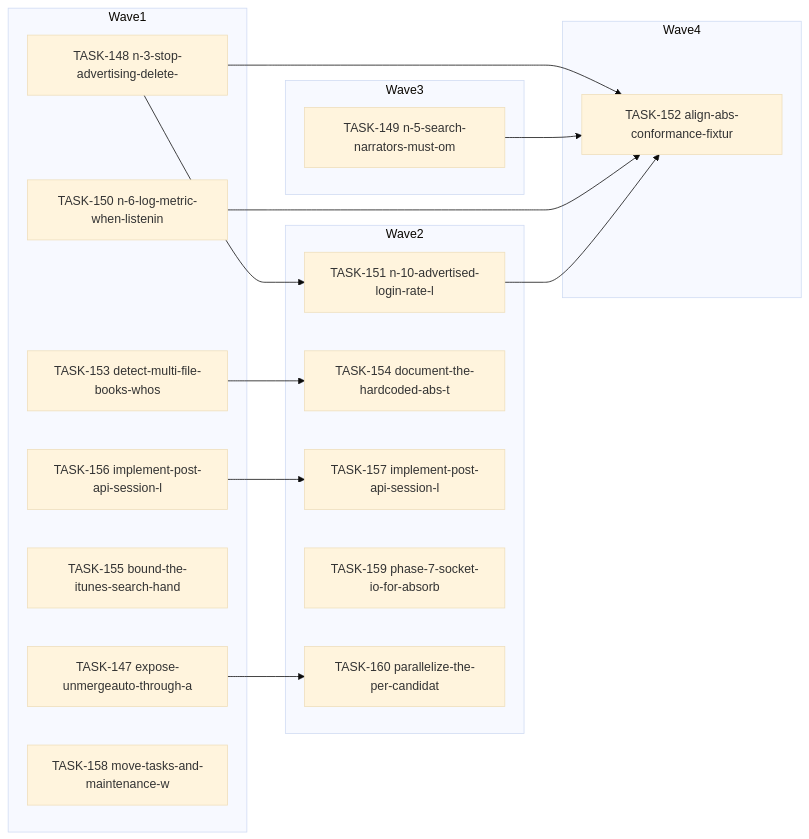
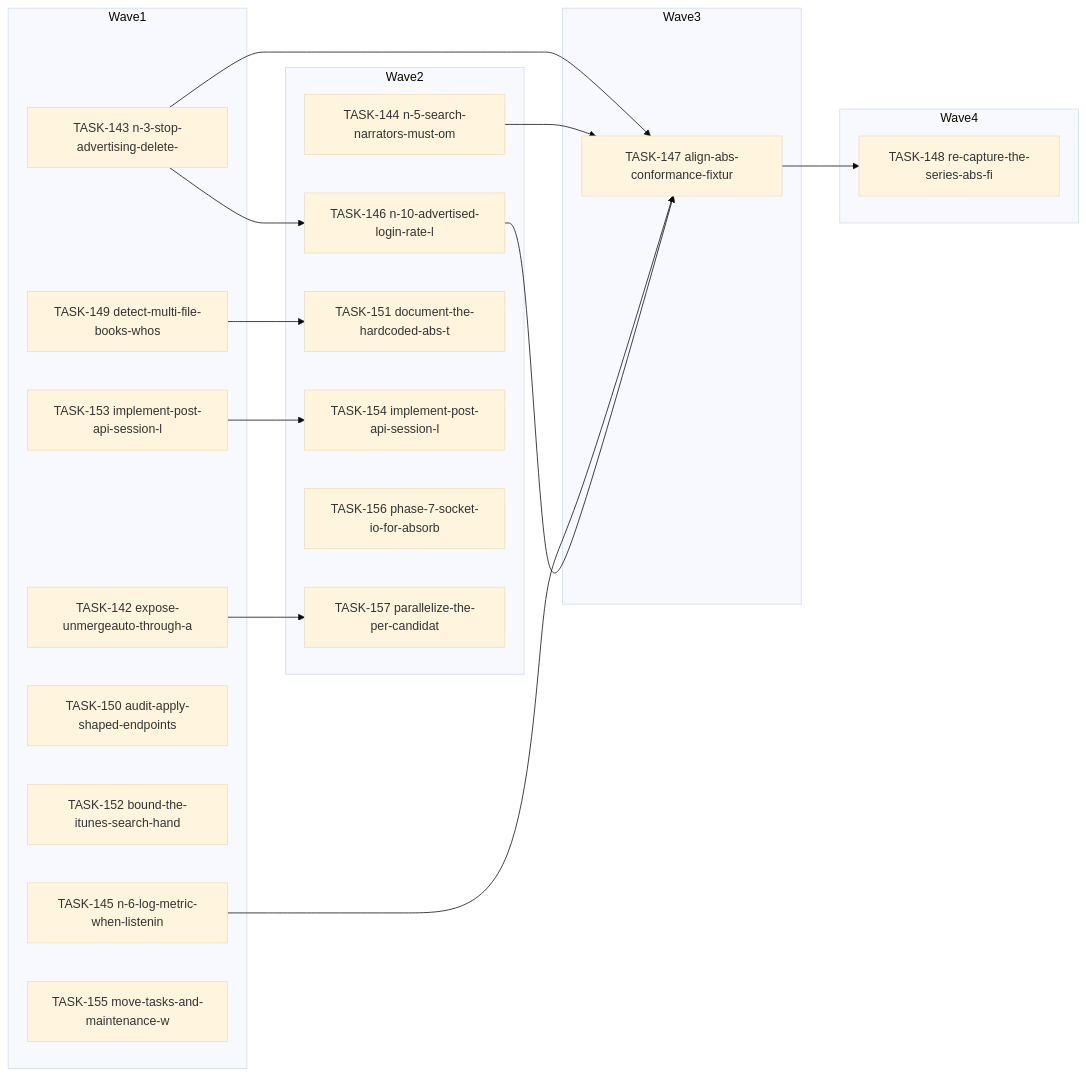
Before and after one commit to falkcorp/audiobook-organizer: the diagram in docs/agent-tasks/todo-completion/server-handlers/orchestration.md, drawn with Mermaid (base theme). The commit also changed other lines of this file and 406 other files, not shown here.

````diff
--- a/docs/agent-tasks/todo-completion/server-handlers/orchestration.md
+++ b/docs/agent-tasks/todo-completion/server-handlers/orchestration.md
@@ -12,33 +12,36 @@
 ```mermaid
 flowchart LR
     subgraph Wave1
-      TASK147[TASK-147 expose-unmergeauto-through-a]
-      TASK148[TASK-148 n-3-stop-advertising-delete-]
-      TASK150[TASK-150 n-6-log-metric-when-listenin]
-      TASK153[TASK-153 detect-multi-file-books-whos]
-      TASK155[TASK-155 bound-the-itunes-search-hand]
-      TASK156[TASK-156 implement-post-api-session-l]
-      TASK158[TASK-158 move-tasks-and-maintenance-w]
+      TASK142[TASK-142 expose-unmergeauto-through-a]
+      TASK143[TASK-143 n-3-stop-advertising-delete-]
+      TASK145[TASK-145 n-6-log-metric-when-listenin]
+      TASK149[TASK-149 detect-multi-file-books-whos]
+      TASK150[TASK-150 audit-apply-shaped-endpoints]
+      TASK152[TASK-152 bound-the-itunes-search-hand]
+      TASK153[TASK-153 implement-post-api-session-l]
+      TASK155[TASK-155 move-tasks-and-maintenance-w]
     end
     subgraph Wave2
-      TASK151[TASK-151 n-10-advertised-login-rate-l]
-      TASK154[TASK-154 document-the-hardcoded-abs-t]
-      TASK157[TASK-157 implement-post-api-session-l]
-      TASK159[TASK-159 phase-7-socket-io-for-absorb]
-      TASK160[TASK-160 parallelize-the-per-candidat]
+      TASK144[TASK-144 n-5-search-narrators-must-om]
+      TASK146[TASK-146 n-10-advertised-login-rate-l]
+      TASK151[TASK-151 document-the-hardcoded-abs-t]
+      TASK154[TASK-154 implement-post-api-session-l]
+      TASK156[TASK-156 phase-7-socket-io-for-absorb]
+      TASK157[TASK-157 parallelize-the-per-candidat]
     end
     subgraph Wave3
-      TASK149[TASK-149 n-5-search-narrators-must-om]
+      TASK147[TASK-147 align-abs-conformance-fixtur]
     end
     subgraph Wave4
-      TASK152[TASK-152 align-abs-conformance-fixtur]
+      TASK148[TASK-148 re-capture-the-series-abs-fi]
     end
-    TASK147 --> TASK160
-    TASK148 --> TASK151
-    TASK148 --> TASK152
-    TASK149 --> TASK152
-    TASK150 --> TASK152
-    TASK151 --> TASK152
+    TASK142 --> TASK157
+    TASK143 --> TASK146
+    TASK143 --> TASK147
+    TASK144 --> TASK147
+    TASK145 --> TASK147
+    TASK146 --> TASK147
+    TASK147 --> TASK148
+    TASK149 --> TASK151
     TASK153 --> TASK154
-    TASK156 --> TASK157
 ```
````
